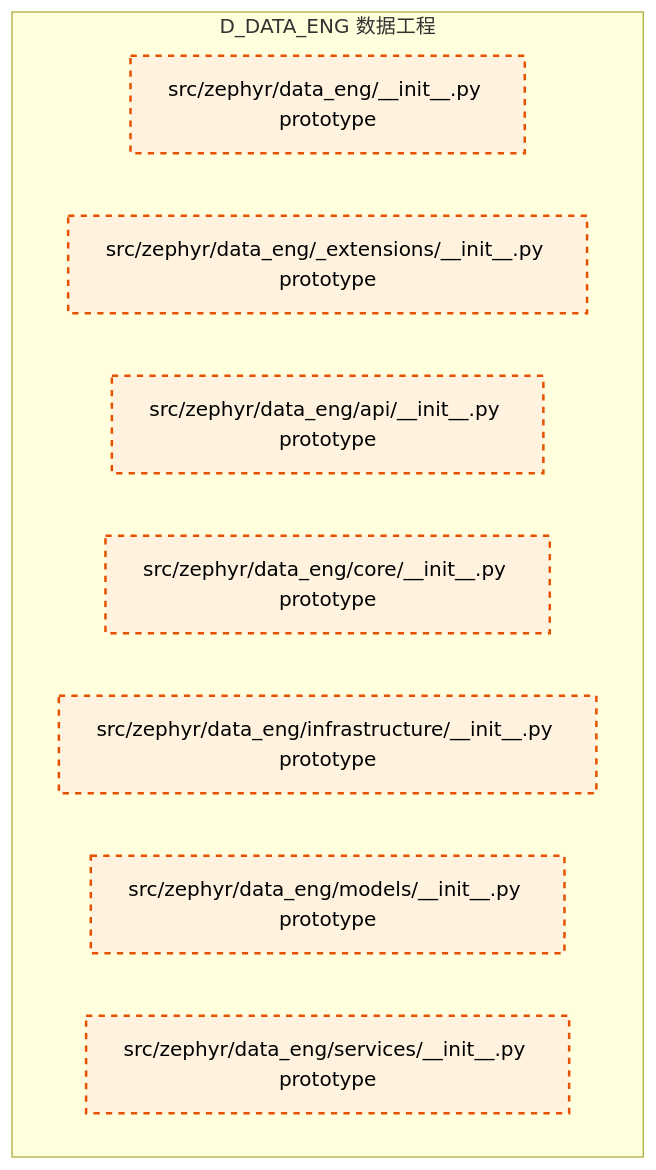
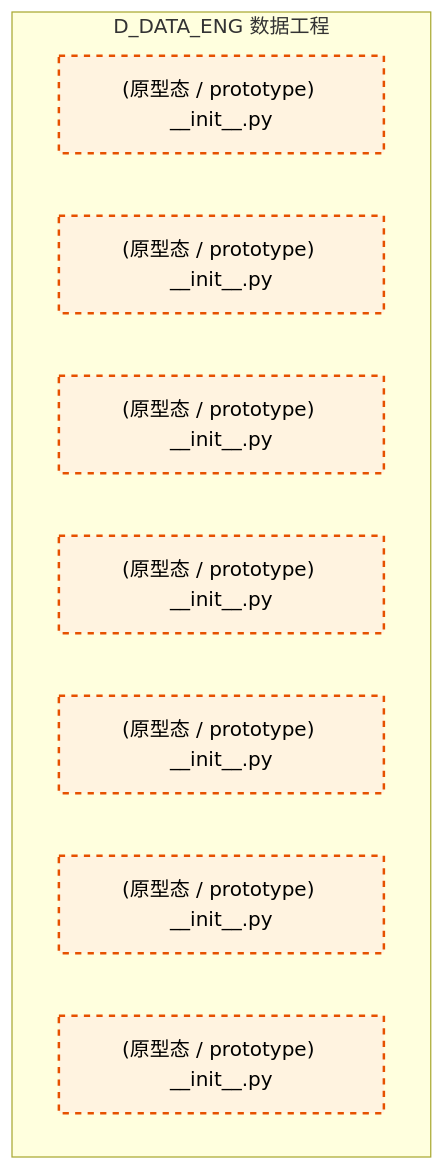
Before and after one commit to xuanFelixVan/ZephyrAlpha: the diagram in docs/02_enterprise_architecture/02_domain_architecture_docs/08_d_data_eng.md, drawn with Mermaid. The commit also changed other lines of this file and 100 other files, not shown here.

````diff
--- a/docs/02_enterprise_architecture/02_domain_architecture_docs/08_d_data_eng.md
+++ b/docs/02_enterprise_architecture/02_domain_architecture_docs/08_d_data_eng.md
@@ -47,17 +49,17 @@
 ```mermaid
 graph TD
     subgraph D_DATA_ENG["D_DATA_ENG 数据工程"]
-        src_zephyr_data_eng_init_py["src/zephyr/data_eng/__init__.py prototype"]
-        src_zephyr_data_eng_extensions_init_py["src/zephyr/data_eng/_extensions/__init__.py prototype"]
-        src_zephyr_data_eng_api_init_py["src/zephyr/data_eng/api/__init__.py prototype"]
-        src_zephyr_data_eng_core_init_py["src/zephyr/data_eng/core/__init__.py prototype"]
-        src_zephyr_data_eng_infrastructure_init_py["src/zephyr/data_eng/infrastructure/__init__.py prototype"]
-        src_zephyr_data_eng_models_init_py["src/zephyr/data_eng/models/__init__.py prototype"]
-        src_zephyr_data_eng_services_init_py["src/zephyr/data_eng/services/__init__.py prototype"]
+        src_zephyr_data_eng_init_py["(原型态 / prototype) __init__.py"]
+        src_zephyr_data_eng_extensions_init_py["(原型态 / prototype) __init__.py"]
+        src_zephyr_data_eng_api_init_py["(原型态 / prototype) __init__.py"]
+        src_zephyr_data_eng_core_init_py["(原型态 / prototype) __init__.py"]
+        src_zephyr_data_eng_infrastructure_init_py["(原型态 / prototype) __init__.py"]
+        src_zephyr_data_eng_models_init_py["(原型态 / prototype) __init__.py"]
+        src_zephyr_data_eng_services_init_py["(原型态 / prototype) __init__.py"]
     end
     classDef production fill:#e1f5fe,stroke:#01579b,stroke-width:2px,color:#000
     classDef design fill:#fff3e0,stroke:#e65100,stroke-width:2px,color:#000,stroke-dasharray: 5 5
     classDef external_prod fill:#e8f5e9,stroke:#1b5e20,stroke-width:1px,color:#000
     classDef external_design fill:#fce4ec,stroke:#880e4f,stroke-width:1px,color:#000,stroke-dasharray: 5 5
     class src_zephyr_data_eng_init_py,src_zephyr_data_eng_extensions_init_py,src_zephyr_data_eng_api_init_py,src_zephyr_data_eng_core_init_py,src_zephyr_data_eng_infrastructure_init_py,src_zephyr_data_eng_models_init_py,src_zephyr_data_eng_services_init_py design
 ```
````
